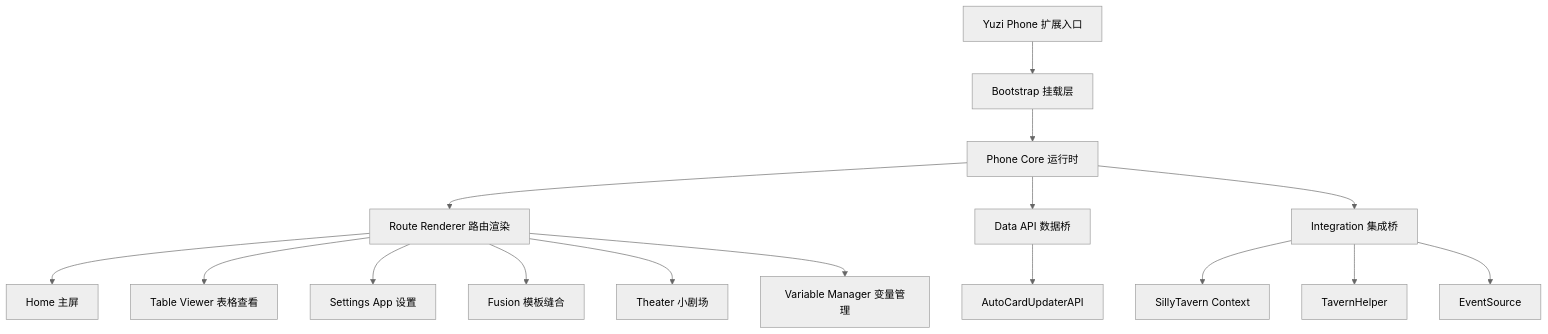
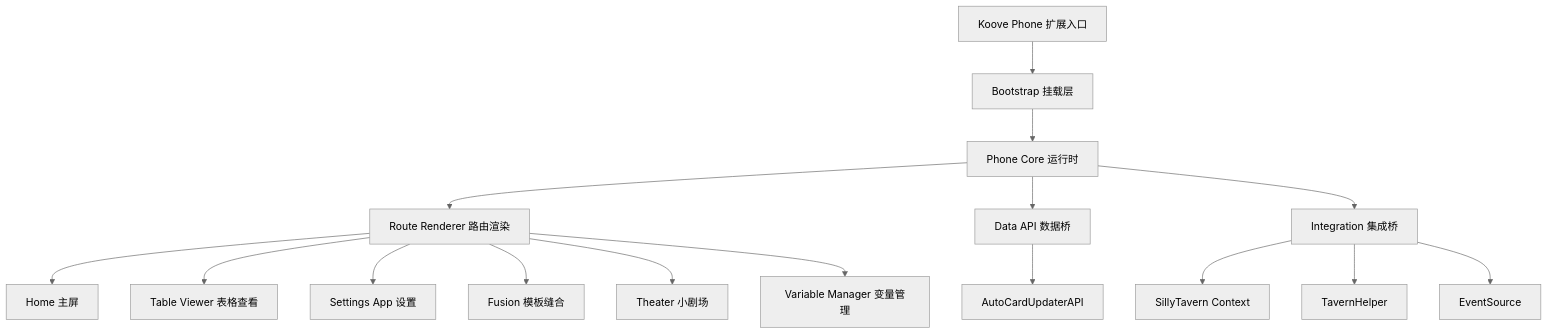
One commit to koovel/change-yuzi-phone changed the first of 10 diagrams in docs/architecture-guide.md. Above: the diagram before and after it, drawn with Mermaid (neutral theme). The commit also changed other lines of this file and 69 other files, not shown here.

````diff
--- a/docs/architecture-guide.md
+++ b/docs/architecture-guide.md
@@ -33,18 +33,18 @@
 ```mermaid
 graph TD
-  A[Yuzi Phone 扩展入口] --> B[Bootstrap 挂载层]
+  A[Koove Phone 扩展入口] --> B[Bootstrap 挂载层]
   B --> C[Phone Core 运行时]
   C --> D[Route Renderer 路由渲染]
   D --> E[Home 主屏]
   D --> F[Table Viewer 表格查看]
   D --> G[Settings App 设置]
   D --> H[Fusion 模板缝合]
   D --> I[Theater 小剧场]
   D --> J[Variable Manager 变量管理]
   C --> K[Data API 数据桥]
   K --> L[AutoCardUpdaterAPI]
   C --> M[Integration 集成桥]
   M --> N[SillyTavern Context]
   M --> O[TavernHelper]
   M --> P[EventSource]
 ```
````
